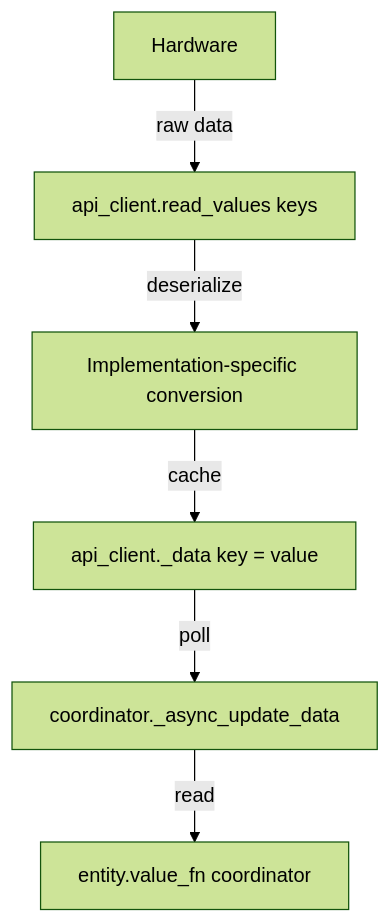
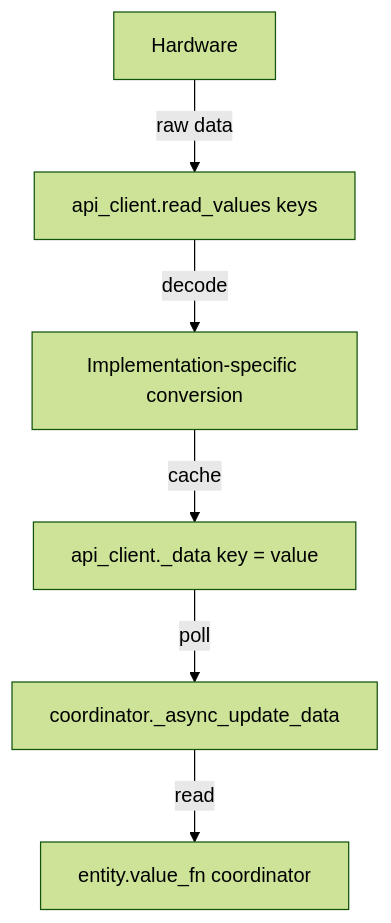
Before and after one commit to alepee/hass-hitachi_yutaki: the first of 2 diagrams in docs/development/api-data-keys.md, drawn with Mermaid (forest theme). The commit also changed other lines of this file and 30 other files, not shown here.

````diff
--- a/docs/development/api-data-keys.md
+++ b/docs/development/api-data-keys.md
@@ -93,11 +93,11 @@
 ```mermaid
 graph TD
     HW["Hardware"]
     RV["api_client.read_values keys"]
     CV["Implementation-specific conversion"]
     CA["api_client._data key = value"]
     CO["coordinator._async_update_data"]
     EN["entity.value_fn coordinator"]
 
-    HW -->|raw data| RV -->|deserialize| CV -->|cache| CA -->|poll| CO -->|read| EN
+    HW -->|raw data| RV -->|decode| CV -->|cache| CA -->|poll| CO -->|read| EN
 ```
````
